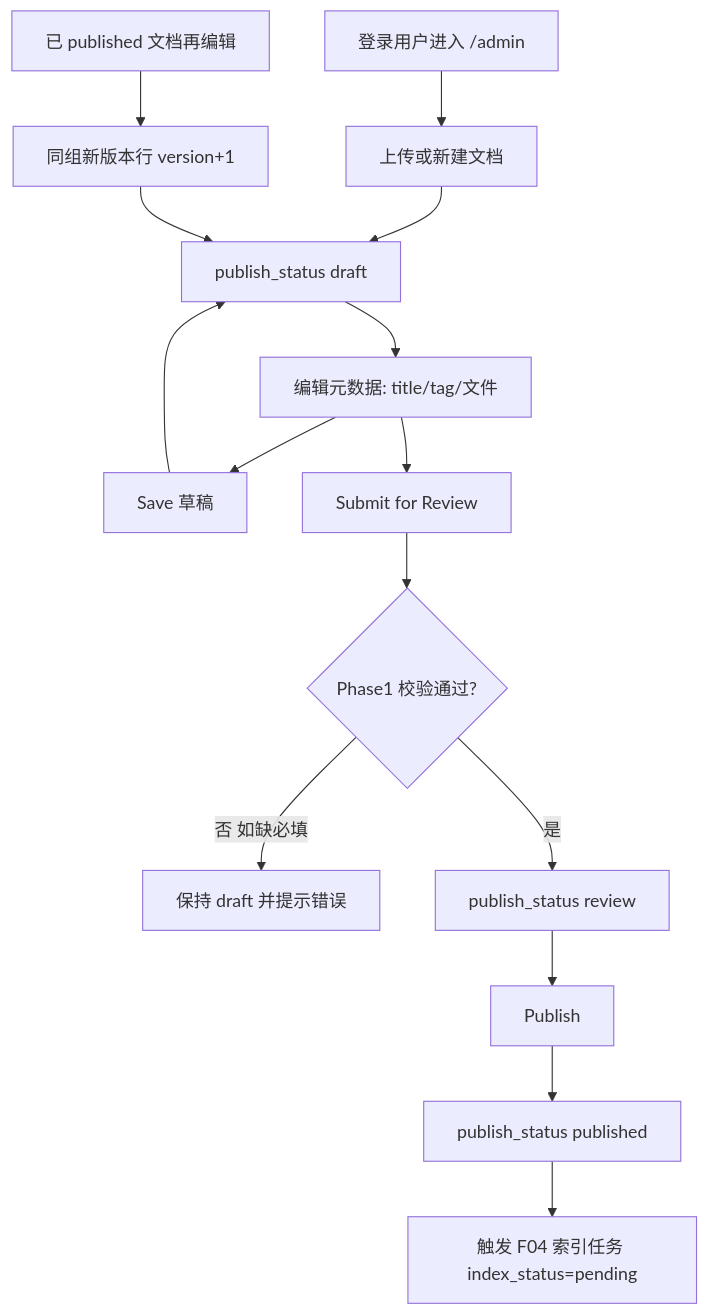
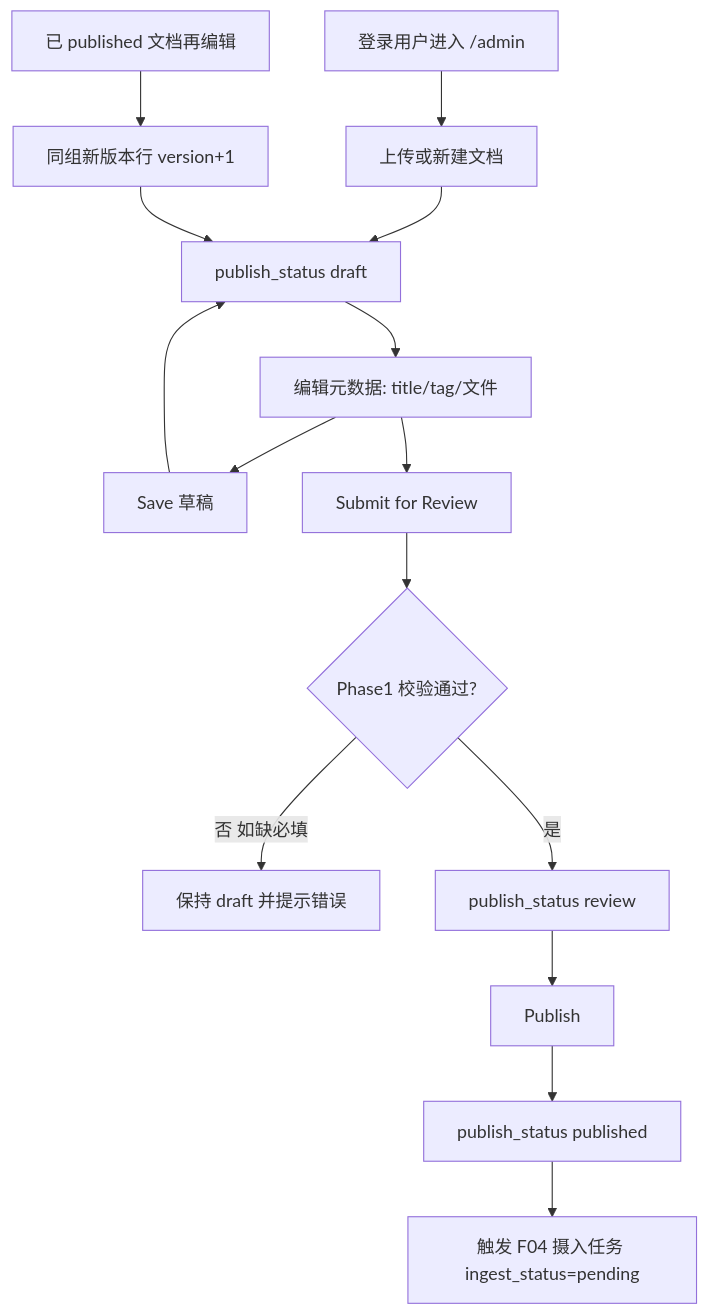
The first of 2 diagrams in docs/specs/phase1/features/F03-doc-admin.md (zmisi/rag-as-service), drawn with Mermaid before and after one commit. The commit also changed other lines of this file and 71 other files, not shown here.

````diff
--- a/docs/specs/phase1/features/F03-doc-admin.md
+++ b/docs/specs/phase1/features/F03-doc-admin.md
@@ -76,18 +76,18 @@
 ```mermaid
 flowchart TD
   A[登录用户进入 /admin] --> B[上传或新建文档]
   B --> C[publish_status draft]
   C --> D[编辑元数据: title/tag/文件]
   D --> E[Save 草稿]
   E --> C
   D --> F[Submit for Review]
   F --> G{Phase1 校验通过?}
   G -->|否 如缺必填| G1[保持 draft 并提示错误]
   G -->|是| H[publish_status review]
   H --> I[Publish]
   I --> J[publish_status published]
-  J --> K[触发 F04 索引任务 index_status=pending]
+  J --> K[触发 F04 摄入任务 ingest_status=pending]
 
   L[已 published 文档再编辑] --> M[同组新版本行 version+1]
   M --> C
 ```
````
